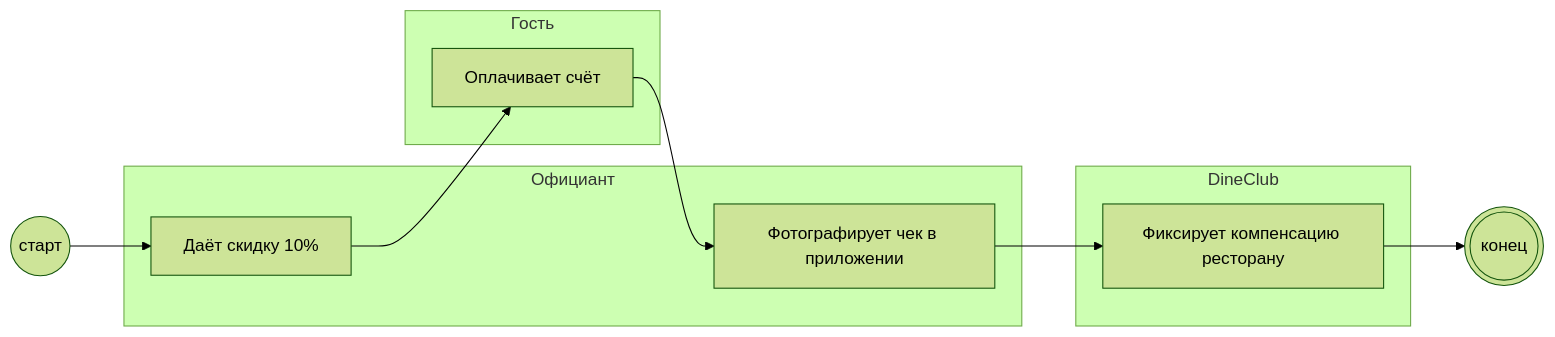
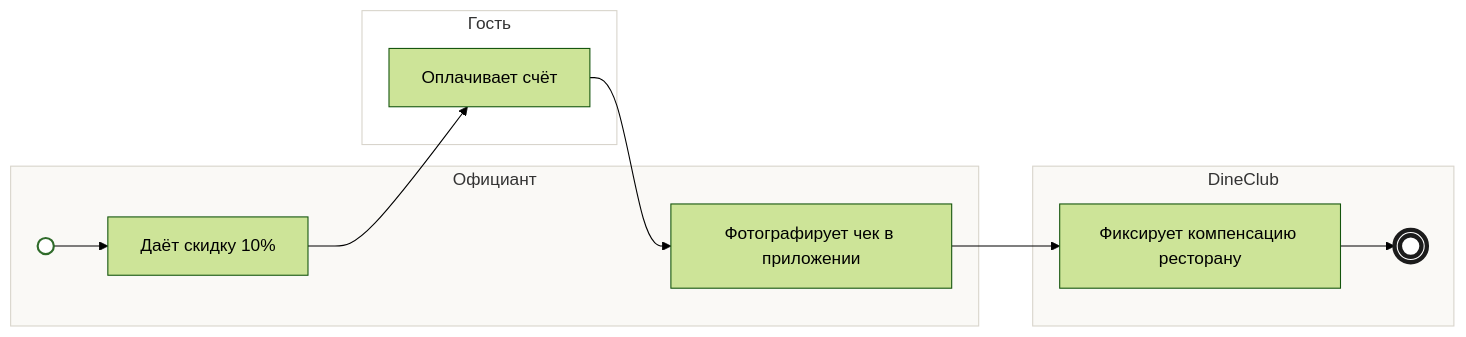
One commit to po-helper-org/poh-blueprint-writer changed the diagram in skills/bft-blueprint/examples/dineclub-restart-blueprint/backlog/tasks/bp-17.1 - Официант-даёт-скидку-и-фотографирует-чек.md. Above: the diagram before and after it, drawn with Mermaid (forest theme). The commit also changed 79 other files, not shown here.

First line of the commit message:
Карточка «Как это работает»: компактная заметка, схема mermaid, «Уточнить», источники

````diff
--- a/skills/bft-blueprint/examples/dineclub-restart-blueprint/backlog/tasks/bp-17.1 - Официант-даёт-скидку-и-фотографирует-чек.md
+++ b/skills/bft-blueprint/examples/dineclub-restart-blueprint/backlog/tasks/bp-17.1 - Официант-даёт-скидку-и-фотографирует-чек.md
@@ -43,20 +43,29 @@
 ```mermaid
 flowchart LR
-  S(("старт"))
   subgraph L1["Официант"]
+    S((" "))
     N1["Даёт скидку 10%"]
     N3["Фотографирует чек в приложении"]
   end
   subgraph L2["Гость"]
     N2["Оплачивает счёт"]
   end
   subgraph L3["DineClub"]
     N4["Фиксирует компенсацию ресторану"]
+    E(((" ")))
   end
-  E((("конец")))
   S --> N1
   N1 --> N2
   N2 --> N3
   N3 --> N4
   N4 --> E
+  classDef start fill:#fff,stroke:#2f6b2a,stroke-width:2px
+  classDef stop fill:#fff,stroke:#1c1c1c,stroke-width:4px
+  classDef gw fill:#fff8e6,stroke:#b7791f
+  classDef ask color:#c0392b,stroke:#c0392b
+  class S start
+  class E stop
+  style L1 fill:#faf9f6,stroke:#d8d4cb
+  style L2 fill:#ffffff,stroke:#d8d4cb
+  style L3 fill:#faf9f6,stroke:#d8d4cb
 ```
````
